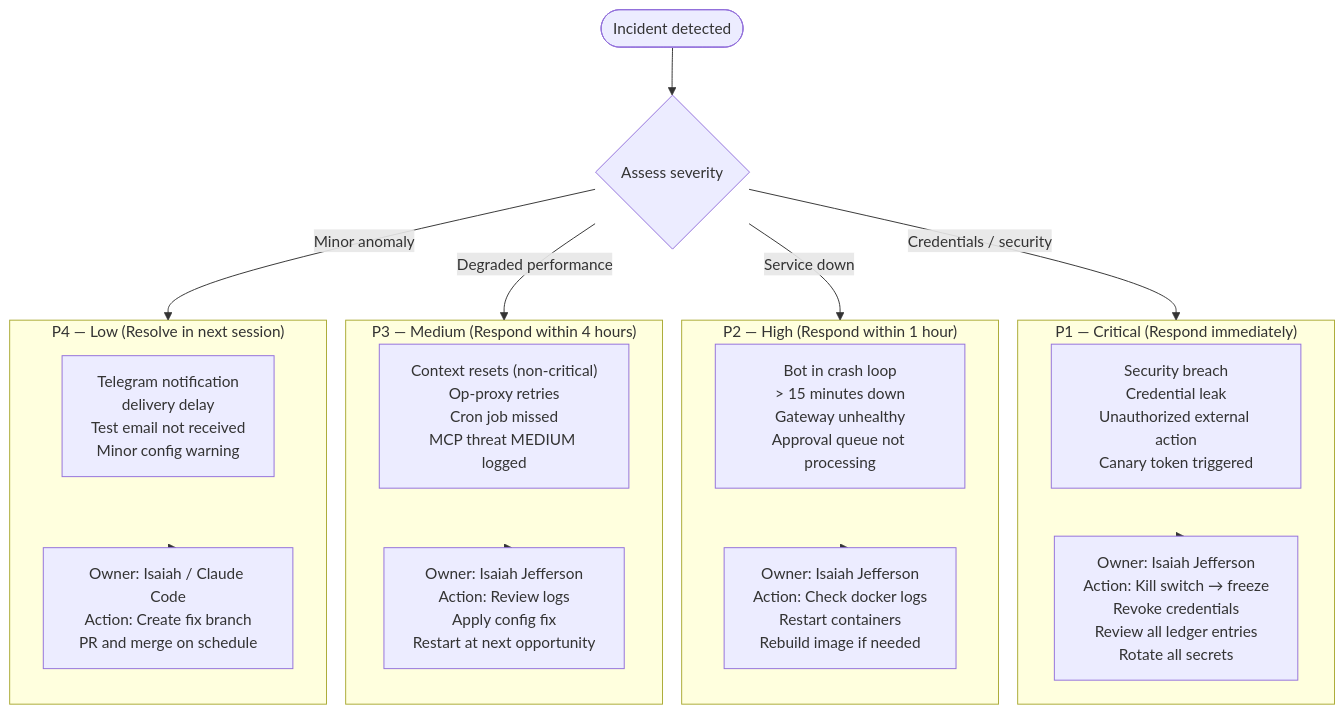
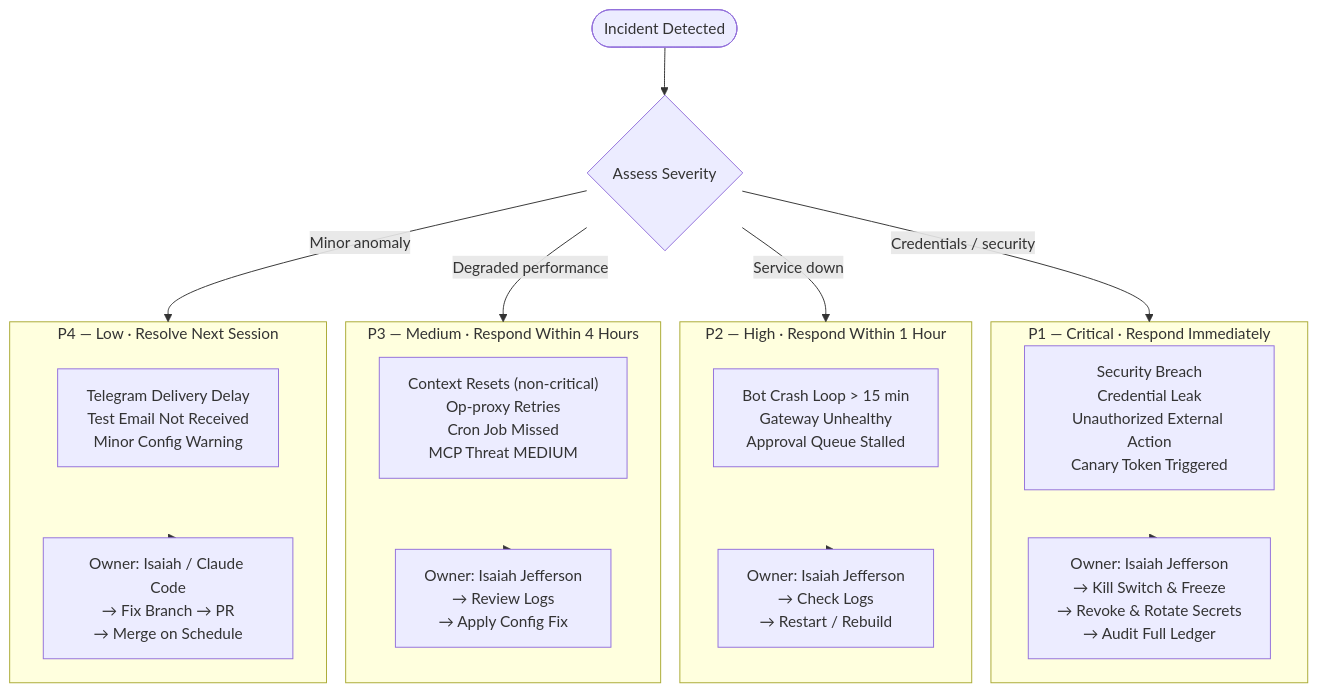
The second of 3 diagrams in docs/diagrams/06-operations.md (idallasjlabs/agentshroud), drawn with Mermaid before and after one commit. The commit also changed other lines of this file and 52 other files, not shown here.

First line of the commit message:
docs: polish all 23 diagram sources + re-render with enterprise theme (#45)

````diff
--- a/docs/diagrams/06-operations.md
+++ b/docs/diagrams/06-operations.md
@@ -83,37 +78,37 @@
 ```mermaid
 flowchart TD
-    INCIDENT(["Incident detected"])
+    INCIDENT(["Incident Detected"])
 
-    SEV{"Assess severity"}
+    SEV{"Assess Severity"}
 
-    subgraph P1["P1 — Critical (Respond immediately)"]
-        P1_CRIT["Security breach\nCredential leak\nUnauthorized external action\nCanary token triggered"]
-        P1_OWN["Owner: Isaiah Jefferson\nAction: Kill switch → freeze\nRevoke credentials\nReview all ledger entries\nRotate all secrets"]
+    subgraph P1["P1 — Critical  ·  Respond Immediately"]
+        P1_CRIT["Security Breach\nCredential Leak\nUnauthorized External Action\nCanary Token Triggered"]
+        P1_OWN["Owner: Isaiah Jefferson\n→ Kill Switch & Freeze\n→ Revoke & Rotate Secrets\n→ Audit Full Ledger"]
     end
 
-    subgraph P2["P2 — High (Respond within 1 hour)"]
-        P2_HIGH["Bot in crash loop\n> 15 minutes down\nGateway unhealthy\nApproval queue not processing"]
-        P2_OWN["Owner: Isaiah Jefferson\nAction: Check docker logs\nRestart containers\nRebuild image if needed"]
+    subgraph P2["P2 — High  ·  Respond Within 1 Hour"]
+        P2_HIGH["Bot Crash Loop > 15 min\nGateway Unhealthy\nApproval Queue Stalled"]
+        P2_OWN["Owner: Isaiah Jefferson\n→ Check Logs\n→ Restart / Rebuild"]
     end
 
-    subgraph P3["P3 — Medium (Respond within 4 hours)"]
-        P3_MED["Context resets (non-critical)\nOp-proxy retries\nCron job missed\nMCP threat MEDIUM logged"]
-        P3_OWN["Owner: Isaiah Jefferson\nAction: Review logs\nApply config fix\nRestart at next opportunity"]
+    subgraph P3["P3 — Medium  ·  Respond Within 4 Hours"]
+        P3_MED["Context Resets (non-critical)\nOp-proxy Retries\nCron Job Missed\nMCP Threat MEDIUM"]
+        P3_OWN["Owner: Isaiah Jefferson\n→ Review Logs\n→ Apply Config Fix"]
     end
 
-    subgraph P4["P4 — Low (Resolve in next session)"]
-        P4_LOW["Telegram notification\ndelivery delay\nTest email not received\nMinor config warning"]
-        P4_OWN["Owner: Isaiah / Claude Code\nAction: Create fix branch\nPR and merge on schedule"]
+    subgraph P4["P4 — Low  ·  Resolve Next Session"]
+        P4_LOW["Telegram Delivery Delay\nTest Email Not Received\nMinor Config Warning"]
+        P4_OWN["Owner: Isaiah / Claude Code\n→ Fix Branch → PR\n→ Merge on Schedule"]
     end
 
     INCIDENT --> SEV
     SEV -->|"Credentials / security"| P1
     SEV -->|"Service down"| P2
     SEV -->|"Degraded performance"| P3
     SEV -->|"Minor anomaly"| P4
 
     P1 --> P1_OWN
     P2 --> P2_OWN
     P3 --> P3_OWN
     P4 --> P4_OWN
 ```
````
